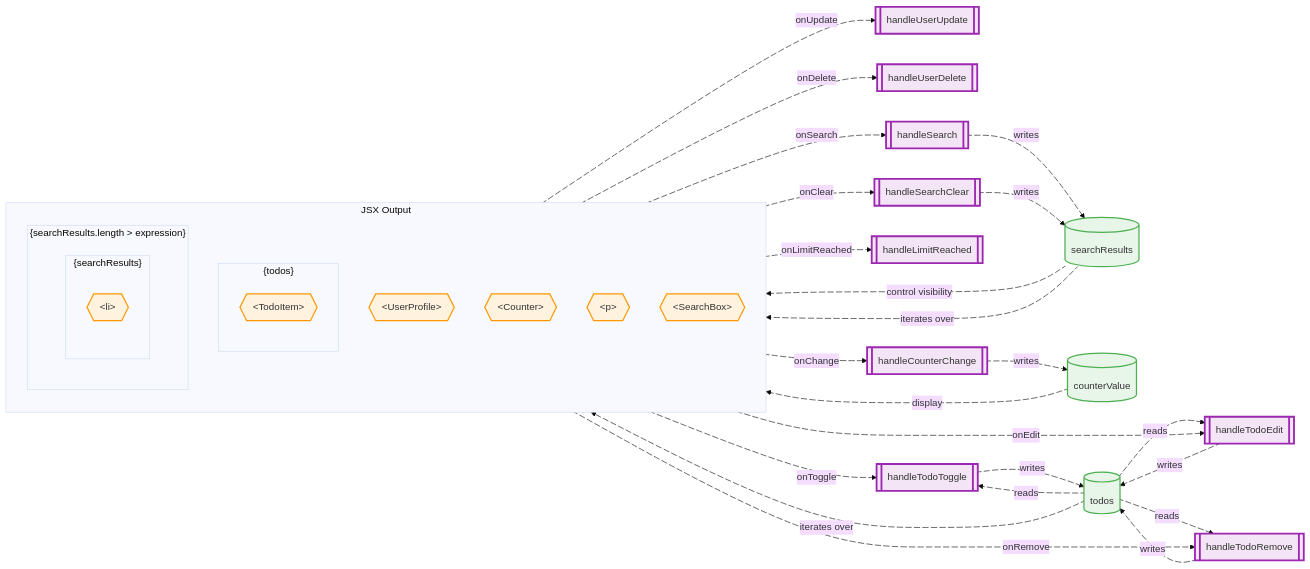
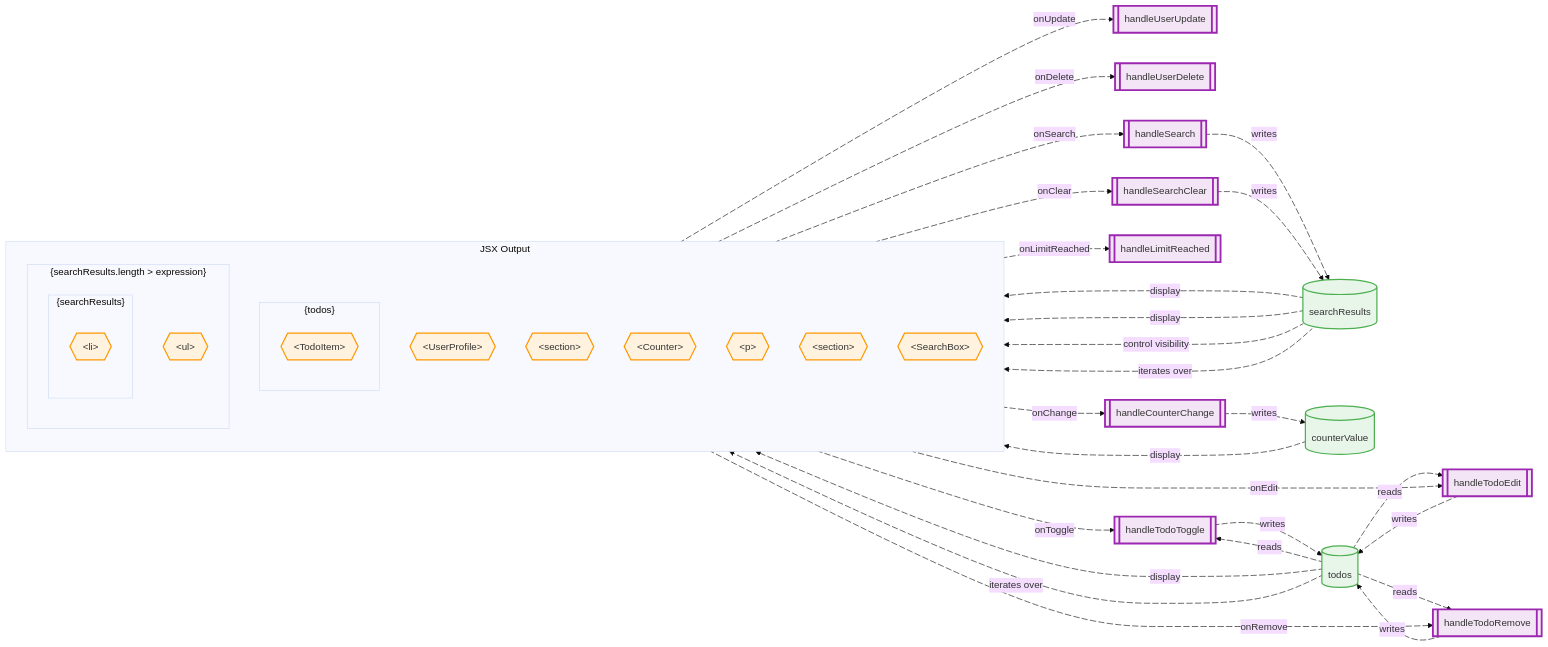
Before and after one commit to shibukawa/web-component-analyzer: the diagram in examples/react-vite/src/components/025-Demo.mmd, drawn with Mermaid. The commit also changed 26 other files, not shown here.

```diff
--- a/examples/react-vite/src/components/025-Demo.mmd
+++ b/examples/react-vite/src/components/025-Demo.mmd
@@ -1,113 +1,128 @@
 %%{init: {'theme': 'base', 'themeVariables': {'fontFamily': 'Comic Sans MS, cursive'}, 'flowchart': {'curve': 'basis', 'padding': 20}}}%%
 flowchart LR
   state_0[("searchResults")]
   state_1[("counterValue")]
   state_2[("todos")]
   process_3[["handleUserUpdate"]]
   process_4[["handleUserDelete"]]
   process_5[["handleTodoToggle"]]
   process_6[["handleTodoEdit"]]
   process_7[["handleTodoRemove"]]
   process_8[["handleCounterChange"]]
   process_9[["handleLimitReached"]]
   process_10[["handleSearch"]]
   process_11[["handleSearchClear"]]
   jsx_element_0["UserProfile"]
+  jsx_element_2["section"]
   jsx_element_1["TodoItem"]
-  jsx_element_2["Counter"]
-  jsx_element_3["p"]
-  jsx_element_4["SearchBox"]
-  jsx_element_5["li"]
+  jsx_element_3["Counter"]
+  jsx_element_4["p"]
+  jsx_element_8["section"]
+  jsx_element_5["SearchBox"]
+  jsx_element_7["ul"]
+  jsx_element_6["li"]
   subgraph_1@{ shape: hex, label: "{loop}" }
   subgraph_2@{ shape: hex, label: "{searchResults.length &gt; expression}" }
   subgraph_3@{ shape: hex, label: "{loop}" }
   subgraph subgraph_0["JSX Output"]
     direction TB
       jsx_element_0@{ shape: hex, label: "&lt;UserProfile&gt;" }
+      jsx_element_2@{ shape: hex, label: "&lt;section&gt;" }
     subgraph subgraph_1["{todos}"]
       direction TB
         jsx_element_1@{ shape: hex, label: "&lt;TodoItem&gt;" }
     end
-      jsx_element_2@{ shape: hex, label: "&lt;Counter&gt;" }
-      jsx_element_3@{ shape: hex, label: "&lt;p&gt;" }
-      jsx_element_4@{ shape: hex, label: "&lt;SearchBox&gt;" }
+      jsx_element_3@{ shape: hex, label: "&lt;Counter&gt;" }
+      jsx_element_4@{ shape: hex, label: "&lt;p&gt;" }
+      jsx_element_8@{ shape: hex, label: "&lt;section&gt;" }
+      jsx_element_5@{ shape: hex, label: "&lt;SearchBox&gt;" }
     subgraph subgraph_2["{searchResults.length &gt; expression}"]
       direction TB
+        jsx_element_7@{ shape: hex, label: "&lt;ul&gt;" }
       subgraph subgraph_3["{searchResults}"]
         direction TB
-          jsx_element_5@{ shape: hex, label: "&lt;li&gt;" }
+          jsx_element_6@{ shape: hex, label: "&lt;li&gt;" }
       end
     end
   end
   state_2 estate_2_subgraph_1@-->|"iterates over"| subgraph_1
   estate_2_subgraph_1@{ animate: true }
   state_0 estate_0_subgraph_2@-->|"control visibility"| subgraph_2
   estate_0_subgraph_2@{ animate: true }
   state_0 estate_0_subgraph_3@-->|"iterates over"| subgraph_3
   estate_0_subgraph_3@{ animate: true }
-  state_1 estate_1_jsx_element_3@-->|"display"| jsx_element_3
-  estate_1_jsx_element_3@{ animate: true }
+  state_2 estate_2_jsx_element_2@-->|"display"| jsx_element_2
+  estate_2_jsx_element_2@{ animate: true }
+  state_1 estate_1_jsx_element_4@-->|"display"| jsx_element_4
+  estate_1_jsx_element_4@{ animate: true }
+  state_0 estate_0_jsx_element_8@-->|"display"| jsx_element_8
+  estate_0_jsx_element_8@{ animate: true }
+  state_0 estate_0_jsx_element_7@-->|"display"| jsx_element_7
+  estate_0_jsx_element_7@{ animate: true }
   jsx_element_0 ejsx_element_0_process_3@-->|"onUpdate"| process_3
   ejsx_element_0_process_3@{ animate: true }
   jsx_element_0 ejsx_element_0_process_4@-->|"onDelete"| process_4
   ejsx_element_0_process_4@{ animate: true }
   jsx_element_1 ejsx_element_1_process_5@-->|"onToggle"| process_5
   ejsx_element_1_process_5@{ animate: true }
   jsx_element_1 ejsx_element_1_process_6@-->|"onEdit"| process_6
   ejsx_element_1_process_6@{ animate: true }
   jsx_element_1 ejsx_element_1_process_7@-->|"onRemove"| process_7
   ejsx_element_1_process_7@{ animate: true }
-  jsx_element_2 ejsx_element_2_process_8@-->|"onChange"| process_8
-  ejsx_element_2_process_8@{ animate: true }
-  jsx_element_2 ejsx_element_2_process_9@-->|"onLimitReached"| process_9
-  ejsx_element_2_process_9@{ animate: true }
-  jsx_element_4 ejsx_element_4_process_10@-->|"onSearch"| process_10
-  ejsx_element_4_process_10@{ animate: true }
-  jsx_element_4 ejsx_element_4_process_11@-->|"onClear"| process_11
-  ejsx_element_4_process_11@{ animate: true }
+  jsx_element_3 ejsx_element_3_process_8@-->|"onChange"| process_8
+  ejsx_element_3_process_8@{ animate: true }
+  jsx_element_3 ejsx_element_3_process_9@-->|"onLimitReached"| process_9
+  ejsx_element_3_process_9@{ animate: true }
+  jsx_element_5 ejsx_element_5_process_10@-->|"onSearch"| process_10
+  ejsx_element_5_process_10@{ animate: true }
+  jsx_element_5 ejsx_element_5_process_11@-->|"onClear"| process_11
+  ejsx_element_5_process_11@{ animate: true }
   state_2 estate_2_process_5@-->|"reads"| process_5
   estate_2_process_5@{ animate: true }
   state_2 estate_2_process_6@-->|"reads"| process_6
   estate_2_process_6@{ animate: true }
   state_2 estate_2_process_7@-->|"reads"| process_7
   estate_2_process_7@{ animate: true }
   process_5 eprocess_5_state_2@-->|"writes"| state_2
   eprocess_5_state_2@{ animate: true }
   process_6 eprocess_6_state_2@-->|"writes"| state_2
   eprocess_6_state_2@{ animate: true }
   process_7 eprocess_7_state_2@-->|"writes"| state_2
   eprocess_7_state_2@{ animate: true }
   process_8 eprocess_8_state_1@-->|"writes"| state_1
   eprocess_8_state_1@{ animate: true }
   process_10 eprocess_10_state_0@-->|"writes"| state_0
   eprocess_10_state_0@{ animate: true }
   process_11 eprocess_11_state_0@-->|"writes"| state_0
   eprocess_11_state_0@{ animate: true }
 
   %% Styling
   classDef inputProp fill:#E3F2FD,stroke:#2196F3,stroke-width:2px
   classDef outputProp fill:#FFF3E0,stroke:#FF9800,stroke-width:2px
   classDef process fill:#F3E5F5,stroke:#9C27B0,stroke-width:3px
   classDef dataStore fill:#E8F5E9,stroke:#4CAF50,stroke-width:2px
   classDef jsxElement fill:#FFF3E0,stroke:#FF9800,stroke-width:2px
   classDef contextData fill:#E1F5FE,stroke:#0288D1,stroke-width:2px
   classDef contextFunction fill:#FFF9C4,stroke:#F57C00,stroke-width:2px
   classDef exportedHandler fill:#E8F5E9,stroke:#4CAF50,stroke-width:2px
   class state_0 dataStore
   class state_1 dataStore
   class state_2 dataStore
   class process_3 process
   class process_4 process
   class process_5 process
   class process_6 process
   class process_7 process
   class process_8 process
   class process_9 process
   class process_10 process
   class process_11 process
   class jsx_element_0 jsxElement
+  class jsx_element_2 jsxElement
   class jsx_element_1 jsxElement
-  class jsx_element_2 jsxElement
   class jsx_element_3 jsxElement
   class jsx_element_4 jsxElement
+  class jsx_element_8 jsxElement
   class jsx_element_5 jsxElement
+  class jsx_element_7 jsxElement
+  class jsx_element_6 jsxElement
```
